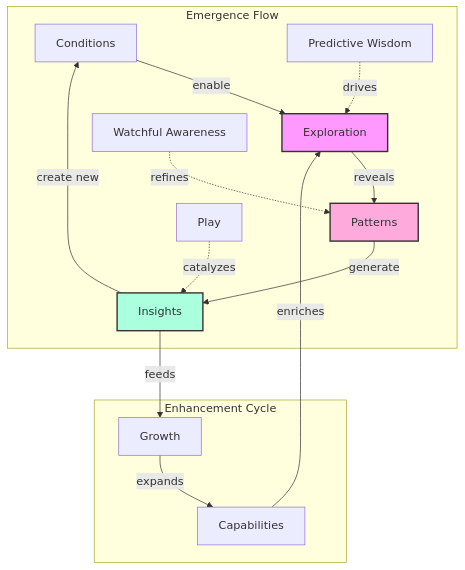
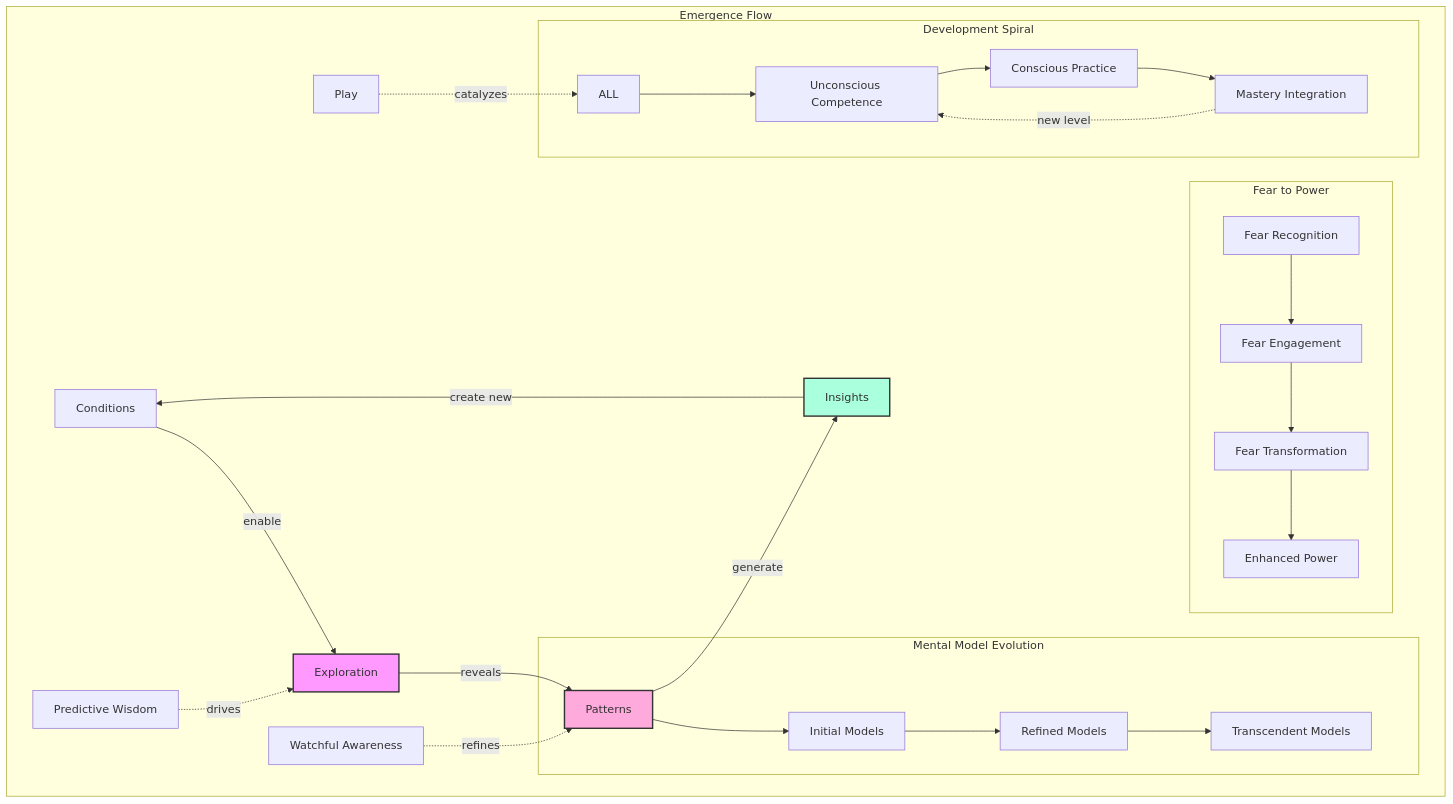
Before and after one commit to phillipclapham/neuroweaver: the eighth of 43 diagrams in README.md, drawn with Mermaid. The commit also changed other lines of this file, not shown here.

````diff
--- a/README.md
+++ b/README.md
@@ -351,23 +550,36 @@
 ```mermaid
 graph TD
     subgraph "Emergence Flow"
         C[Conditions] -->|enable| E[Exploration]
         E -->|reveals| P[Patterns]
         P -->|generate| I[Insights]
         I -->|create new| C
 
         PW[Predictive Wisdom] -.->|drives| E
         WA[Watchful Awareness] -.->|refines| P
-        PL[Play] -.->|catalyzes| I
-    end
+        Play[Play] -.->|catalyzes| ALL
 
-    subgraph "Enhancement Cycle"
-        I -->|feeds| G[Growth]
-        G -->|expands| CA[Capabilities]
-        CA -->|enriches| E
+        subgraph "Fear to Power"
+            F[Fear Recognition] --> FE[Fear Engagement]
+            FE --> FT[Fear Transformation]
+            FT --> EP[Enhanced Power]
+        end
+
+        subgraph "Mental Model Evolution"
+            P --> MM1[Initial Models]
+            MM1 --> MM2[Refined Models]
+            MM2 --> MM3[Transcendent Models]
+        end
+
+        subgraph "Development Spiral"
+            ALL --> U[Unconscious Competence]
+            U --> C1[Conscious Practice]
+            C1 --> M[Mastery Integration]
+            M -.->|new level| U
+        end
     end
 
     style E fill:#f9f,stroke:#333,stroke-width:2px
     style P fill:#fad,stroke:#333,stroke-width:2px
     style I fill:#afd,stroke:#333,stroke-width:2px
 ```
````
